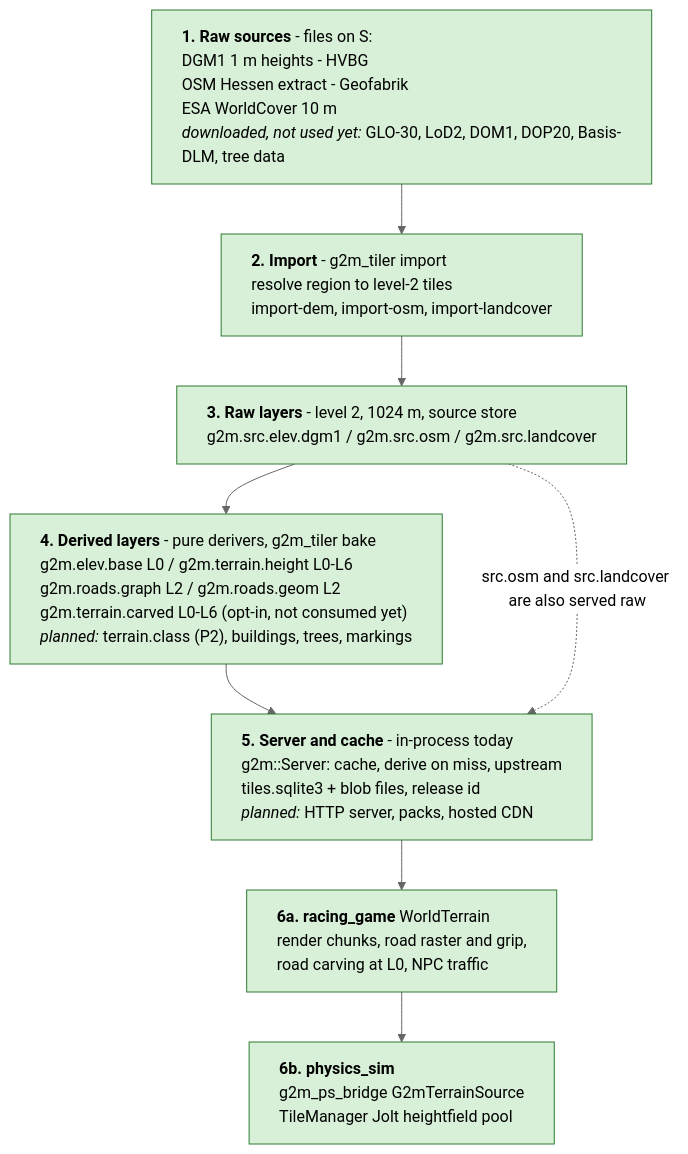
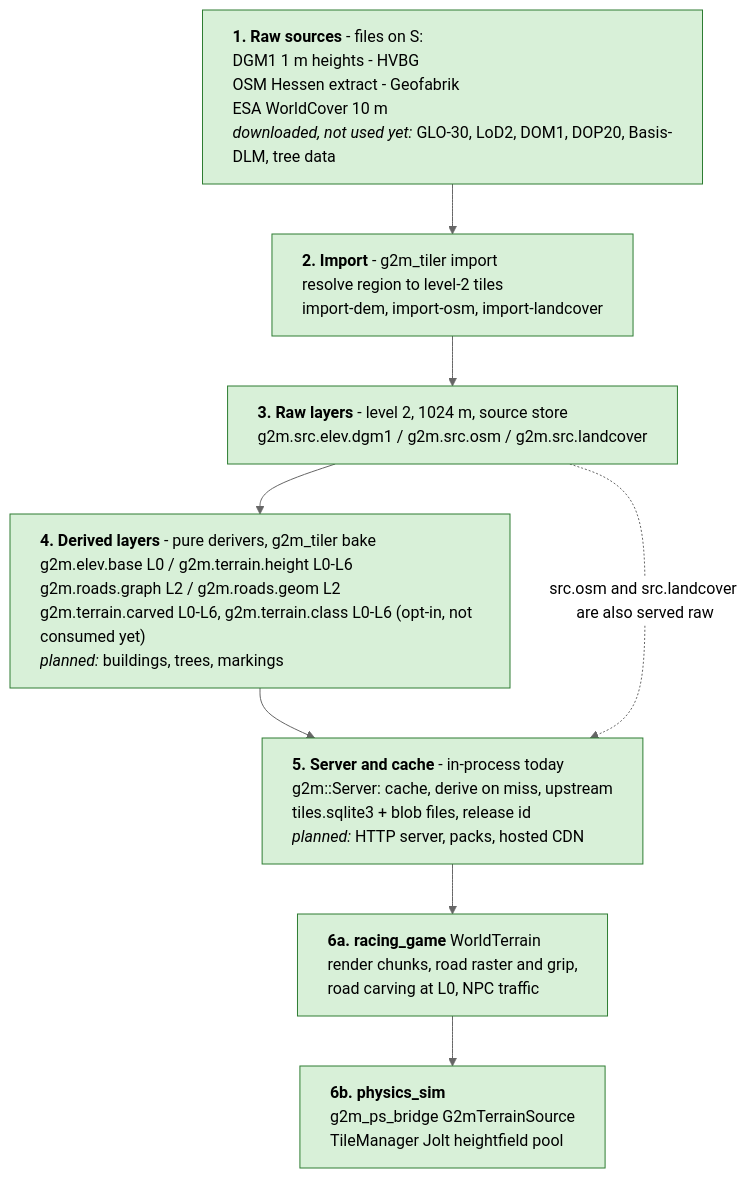
The first of 4 diagrams in docs/pipeline/README.md (SebastianDanielFrenz/geo2map_engine), drawn with Mermaid (neutral theme) before and after one commit. The commit also changed other lines of this file and 57 other files, not shown here.

````diff
--- a/docs/pipeline/README.md
+++ b/docs/pipeline/README.md
@@ -30,16 +30,16 @@
 ```mermaid
 %%{init: {"flowchart": {"wrappingWidth": 440, "useMaxWidth": false}}}%%
 flowchart TB
   SRC["<b>1. Raw sources</b> - files on S:<br/>DGM1 1 m heights - HVBG<br/>OSM Hessen extract - Geofabrik<br/>ESA WorldCover 10 m<br/><i>downloaded, not used yet:</i> GLO-30, LoD2, DOM1, DOP20, Basis-DLM, tree data"]
   IMP["<b>2. Import</b> - g2m_tiler import<br/>resolve region to level-2 tiles<br/>import-dem, import-osm, import-landcover"]
   RAW["<b>3. Raw layers</b> - level 2, 1024 m, source store<br/>g2m.src.elev.dgm1 / g2m.src.osm / g2m.src.landcover"]
-  BAKE["<b>4. Derived layers</b> - pure derivers, g2m_tiler bake<br/>g2m.elev.base L0 / g2m.terrain.height L0-L6<br/>g2m.roads.graph L2 / g2m.roads.geom L2<br/>g2m.terrain.carved L0-L6 (opt-in, not consumed yet)<br/><i>planned:</i> terrain.class (P2), buildings, trees, markings"]
+  BAKE["<b>4. Derived layers</b> - pure derivers, g2m_tiler bake<br/>g2m.elev.base L0 / g2m.terrain.height L0-L6<br/>g2m.roads.graph L2 / g2m.roads.geom L2<br/>g2m.terrain.carved L0-L6, g2m.terrain.class L0-L6 (opt-in, not consumed yet)<br/><i>planned:</i> buildings, trees, markings"]
   SRV["<b>5. Server and cache</b> - in-process today<br/>g2m::Server: cache, derive on miss, upstream<br/>tiles.sqlite3 + blob files, release id<br/><i>planned:</i> HTTP server, packs, hosted CDN"]
   GAME["<b>6a. racing_game</b> WorldTerrain<br/>render chunks, road raster and grip,<br/>road carving at L0, NPC traffic"]
   PHYS["<b>6b. physics_sim</b><br/>g2m_ps_bridge G2mTerrainSource<br/>TileManager Jolt heightfield pool"]
   SRC --> IMP --> RAW --> BAKE --> SRV --> GAME --> PHYS
   RAW -. "src.osm and src.landcover are also served raw" .-> SRV
 
   classDef done fill:#d8f0d8,stroke:#2e7d32,color:#000,text-align:left;
   class SRC,IMP,RAW,BAKE,SRV,GAME,PHYS done;
 ```
````
